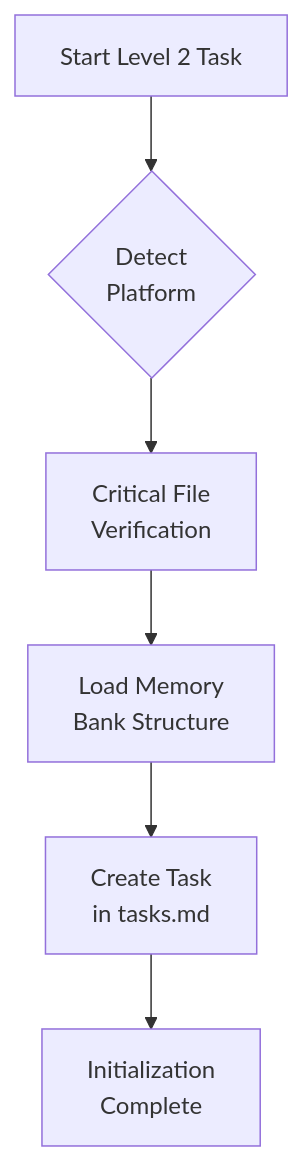
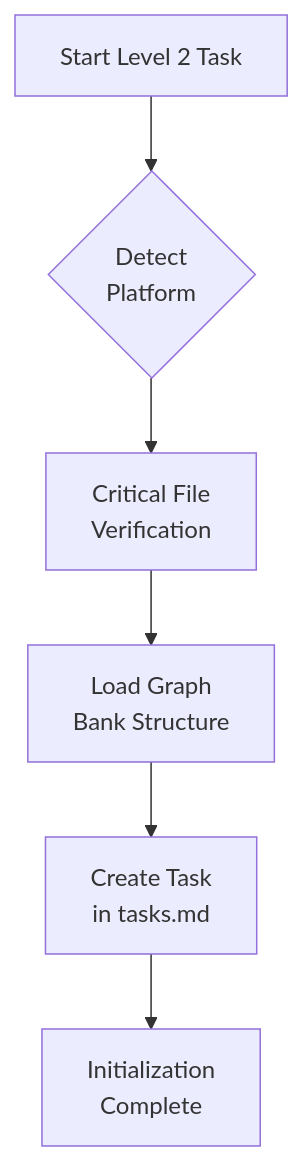
The second of 9 diagrams in .cursor/rules/isolation_rules/Level2/workflow-level2.mdc (7Spade/cursor-memory-bank), drawn with Mermaid before and after one commit. The commit also changed other lines of this file and 37 other files, not shown here.

Commit message:
refactor: Standardize terminology from "Memory Bank" to "Graph Bank" across all files, ensuring consistency in documentation and improving clarity in the system's architecture and processes

````diff
--- a/.cursor/rules/isolation_rules/Level2/workflow-level2.mdc
+++ b/.cursor/rules/isolation_rules/Level2/workflow-level2.mdc
@@ -35,8 +35,8 @@
 ```mermaid
 graph TD
     Start["Start Level 2 Task"] --> Platform{"Detect<br>Platform"}
     Platform --> FileCheck["Critical File<br>Verification"]
-    FileCheck --> LoadStructure["Load Memory<br>Bank Structure"]
+    FileCheck --> LoadStructure["Load Graph<br>Bank Structure"]
     LoadStructure --> TaskCreation["Create Task<br>in tasks.md"]
     TaskCreation --> SetupComplete["Initialization<br>Complete"]
 ```
````
